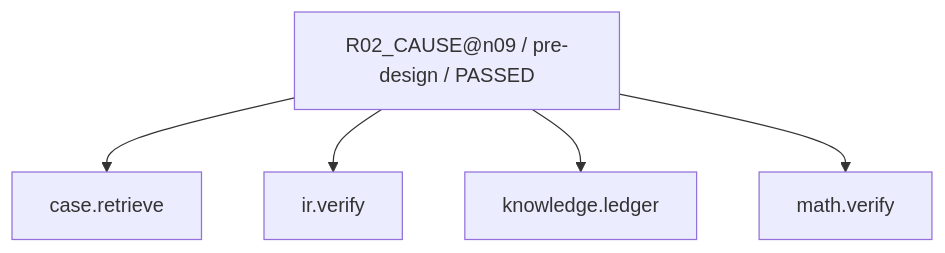
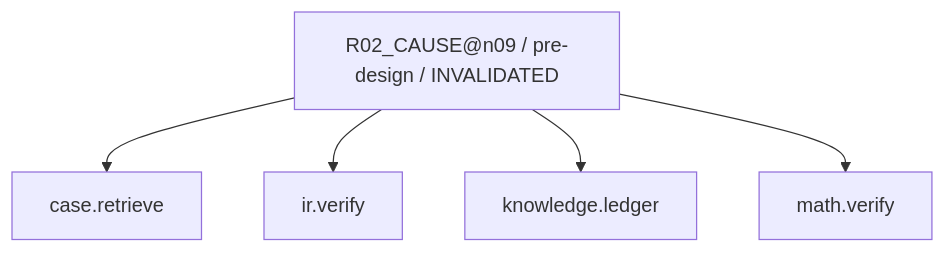
The second of 30 diagrams in work/items/W-MATH-034-n09-n10-guided-design/generated/CAPABILITY_FIRE_DIAGRAM.md (rrikunagasige-dot/kyotsu-step-web), drawn with Mermaid before and after one commit. The commit also changed other lines of this file and 266 other files, not shown here.

````diff
--- a/work/items/W-MATH-034-n09-n10-guided-design/generated/CAPABILITY_FIRE_DIAGRAM.md
+++ b/work/items/W-MATH-034-n09-n10-guided-design/generated/CAPABILITY_FIRE_DIAGRAM.md
@@ -24,12 +24,12 @@
 ```mermaid
 flowchart TD
-  N0["R02_CAUSE@n09 / pre-design / PASSED"]
+  N0["R02_CAUSE@n09 / pre-design / INVALIDATED"]
   N1["case.retrieve"]
   N2["knowledge.ledger"]
   N3["math.verify"]
   N4["ir.verify"]
   N0 --> N1
   N0 --> N4
   N0 --> N2
   N0 --> N3
 ```
````
